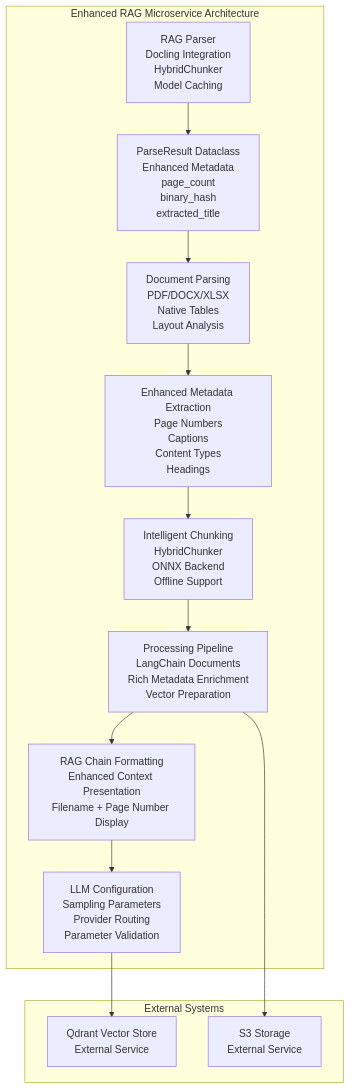
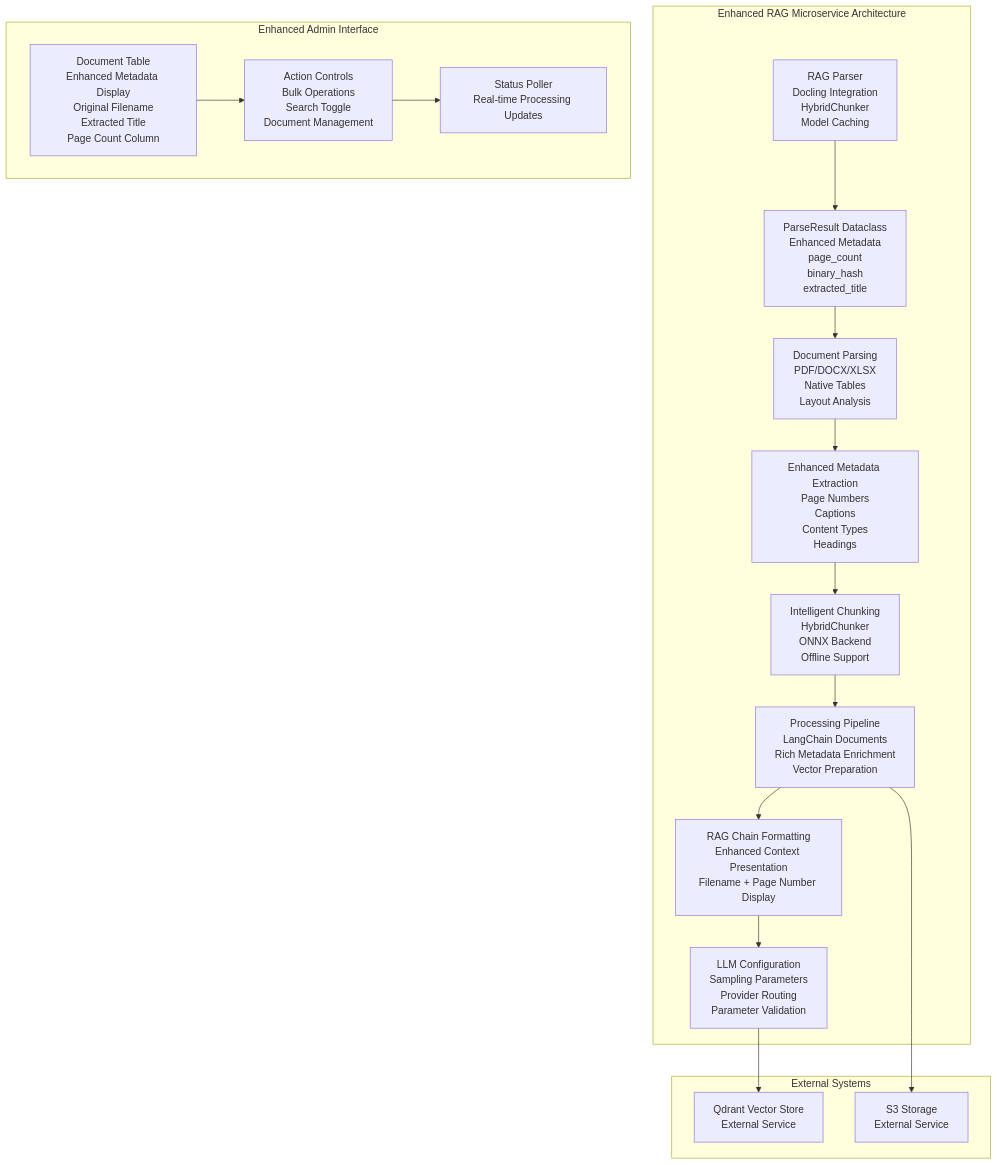
Before and after one commit to ognelis/cafetera_hr_bot: the first of 14 diagrams in .qoder/repowiki/en/content/RAG Integration/RAG Parser Enhancement.md, drawn with Mermaid. The commit also changed other lines of this file and 9 other files, not shown here.

````diff
--- a/.qoder/repowiki/en/content/RAG Integration/RAG Parser Enhancement.md
+++ b/.qoder/repowiki/en/content/RAG Integration/RAG Parser Enhancement.md
@@ -51,26 +58,33 @@
 ```mermaid
 graph TB
 subgraph "Enhanced RAG Microservice Architecture"
 RAG_PARSER["RAG Parser<br/>Docling Integration<br/>HybridChunker<br/>Model Caching"]
 PARSE_RESULT["ParseResult Dataclass<br/>Enhanced Metadata<br/>page_count<br/>binary_hash<br/>extracted_title"]
 DOC_PARSING["Document Parsing<br/>PDF/DOCX/XLSX<br/>Native Tables<br/>Layout Analysis"]
 METADATA_EXTRACTION["Enhanced Metadata Extraction<br/>Page Numbers<br/>Captions<br/>Content Types<br/>Headings"]
 CHUNKING["Intelligent Chunking<br/>HybridChunker<br/>ONNX Backend<br/>Offline Support"]
 PROCESSING["Processing Pipeline<br/>LangChain Documents<br/>Rich Metadata Enrichment<br/>Vector Preparation"]
 RAG_CHAIN["RAG Chain Formatting<br/>Enhanced Context Presentation<br/>Filename + Page Number Display"]
 LLM_CONFIG["LLM Configuration<br/>Sampling Parameters<br/>Provider Routing<br/>Parameter Validation"]
+end
+subgraph "Enhanced Admin Interface"
+DOCUMENT_TABLE["Document Table<br/>Enhanced Metadata Display<br/>Original Filename<br/>Extracted Title<br/>Page Count Column"]
+STATUS_POLLER["Status Poller<br/>Real-time Processing Updates"]
+ACTION_CONTROLS["Action Controls<br/>Bulk Operations<br/>Search Toggle<br/>Document Management"]
 end
 subgraph "External Systems"
 QDRANT["Qdrant Vector Store<br/>External Service"]
 S3["S3 Storage<br/>External Service"]
 end
 RAG_PARSER --> PARSE_RESULT
 PARSE_RESULT --> DOC_PARSING
 DOC_PARSING --> METADATA_EXTRACTION
 METADATA_EXTRACTION --> CHUNKING
 CHUNKING --> PROCESSING
 PROCESSING --> RAG_CHAIN
 RAG_CHAIN --> LLM_CONFIG
 LLM_CONFIG --> QDRANT
 PROCESSING --> S3
+DOCUMENT_TABLE --> ACTION_CONTROLS
+ACTION_CONTROLS --> STATUS_POLLER
 ```
````
